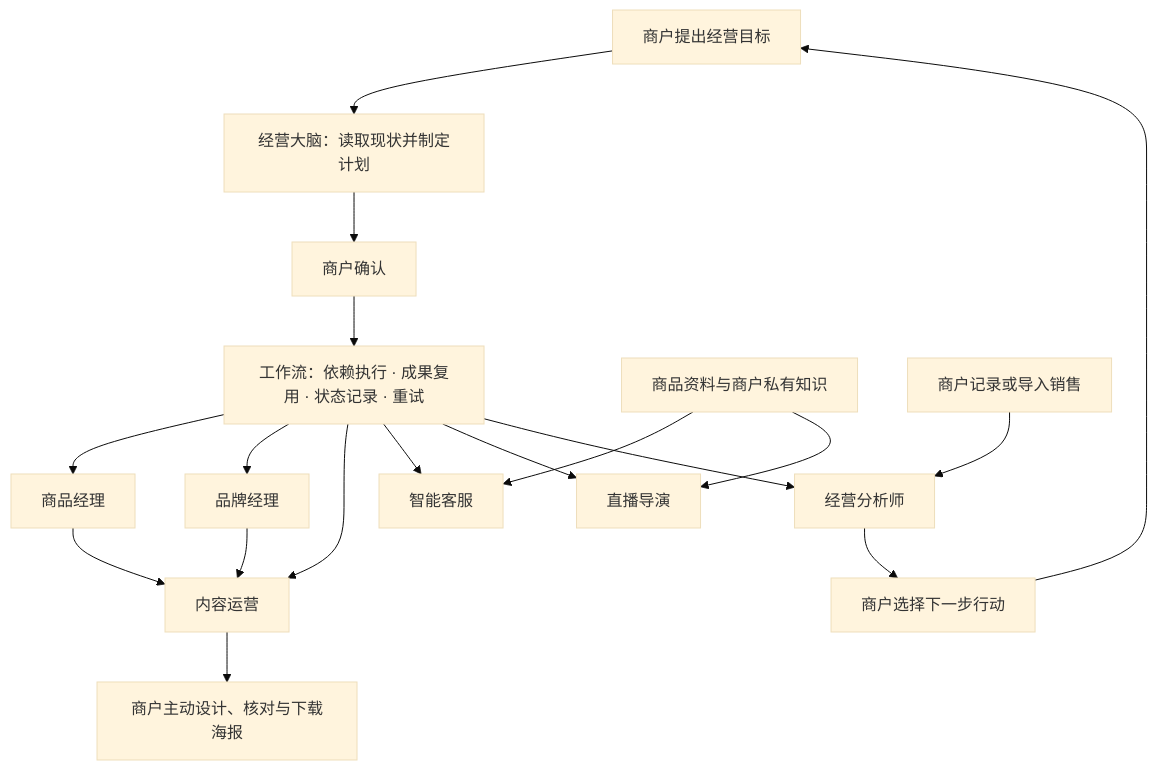
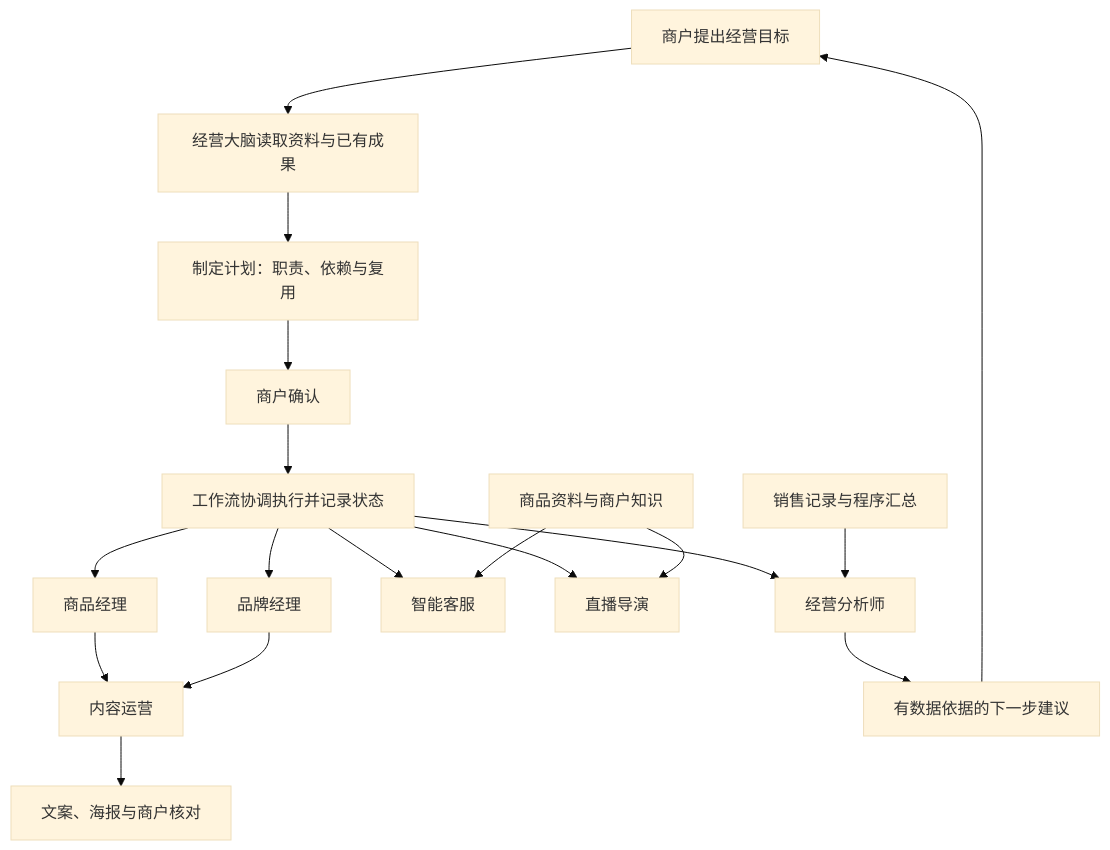
The diagram in README.md (yy9659/haichuang-buddy), drawn with Mermaid (base theme) before and after one commit. The commit also changed other lines of this file and 16 other files, not shown here.

````diff
--- a/README.md
+++ b/README.md
@@ -69,20 +80,20 @@
 ```mermaid
 flowchart TD
-    Goal[商户提出经营目标] --> Brain[经营大脑：读取现状并制定计划]
-    Brain --> Confirm[商户确认]
-    Confirm --> Workflow[工作流：依赖执行 · 成果复用 · 状态记录 · 重试]
+    Goal[商户提出经营目标] --> Brain[经营大脑读取资料与已有成果]
+    Brain --> Plan[制定计划：职责、依赖与复用]
+    Plan --> Confirm[商户确认]
+    Confirm --> Workflow[工作流协调执行并记录状态]
     Workflow --> Product[商品经理]
     Workflow --> Brand[品牌经理]
-    Workflow --> Content[内容运营]
+    Product --> Content[内容运营]
+    Brand --> Content
+    Content --> Poster[文案、海报与商户核对]
     Workflow --> Customer[智能客服]
     Workflow --> Live[直播导演]
+    Knowledge[商品资料与商户知识] --> Customer
+    Knowledge --> Live
     Workflow --> Analyst[经营分析师]
-    Product --> Content
-    Brand --> Content
-    Content --> Poster[商户主动设计、核对与下载海报]
-    Knowledge[商品资料与商户私有知识] --> Customer
-    Knowledge --> Live
-    Sales[商户记录或导入销售] --> Analyst
-    Analyst --> Action[商户选择下一步行动]
+    Sales[销售记录与程序汇总] --> Analyst
+    Analyst --> Action[有数据依据的下一步建议]
     Action --> Goal
 ```
````
